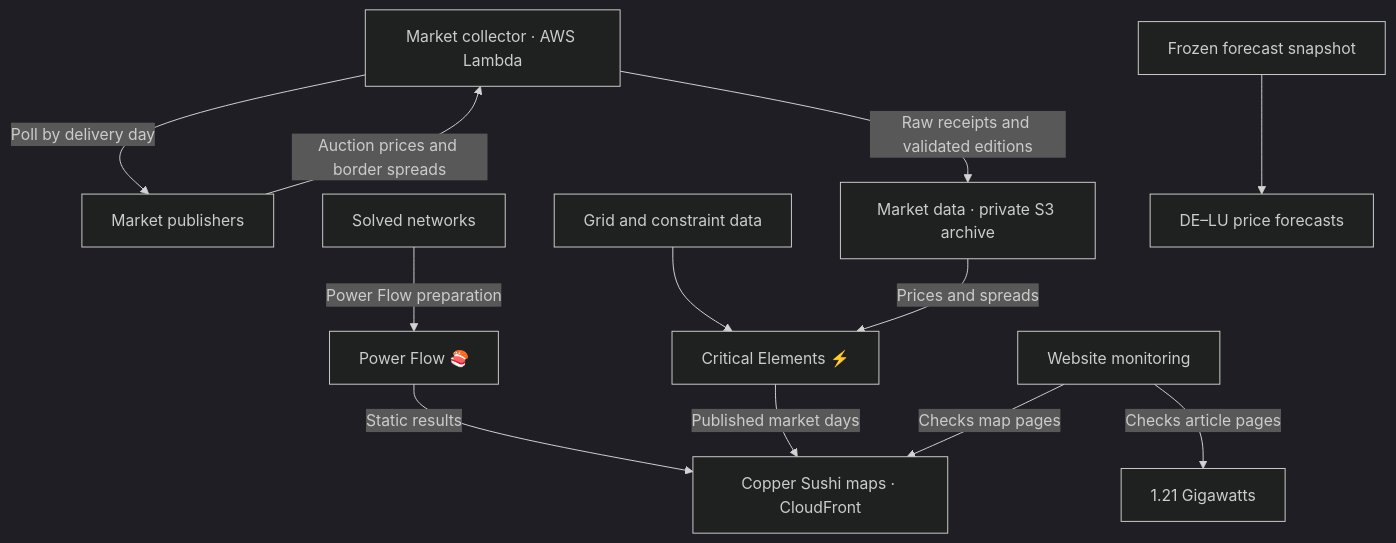
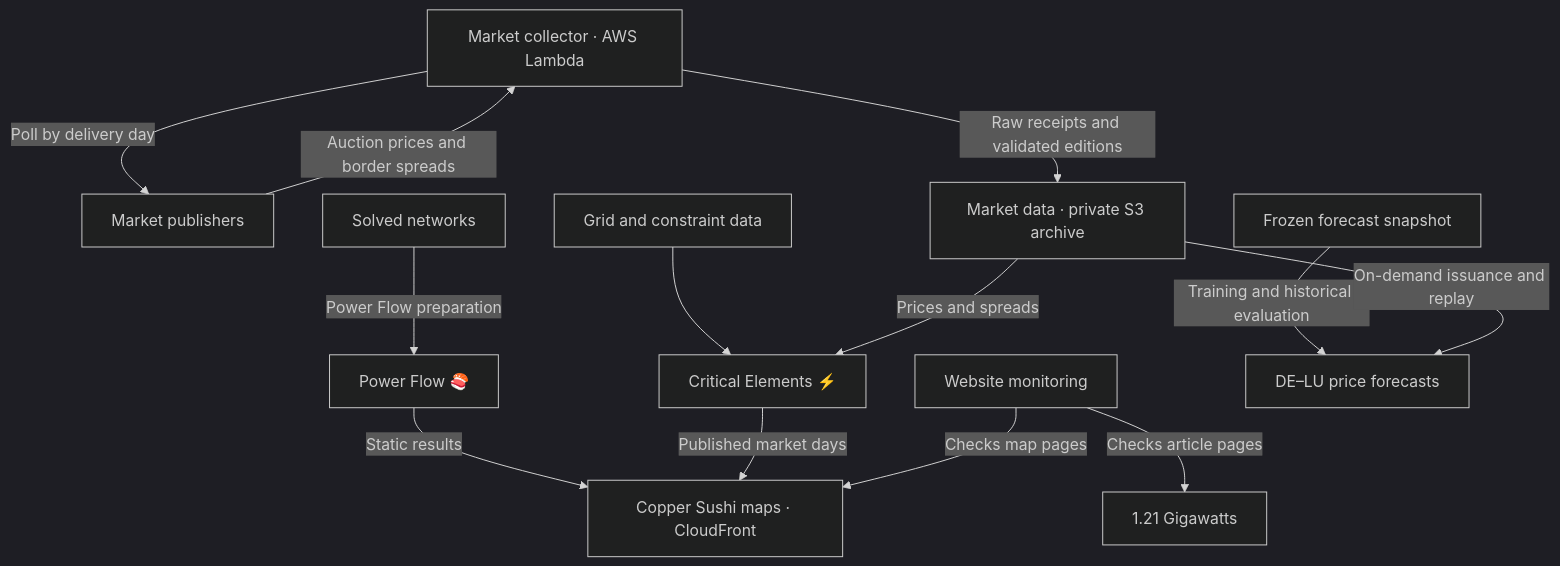
The diagram in README.md (zoltanmaric/coppersushi), drawn with Mermaid (dark theme) before and after one commit. The commit also changed other lines of this file and 17 other files, not shown here.

````diff
--- a/README.md
+++ b/README.md
@@ -46,21 +46,23 @@
 ```mermaid
 flowchart TB
     collector["Market collector · AWS Lambda"] -->|Poll by delivery day| publishers["Market publishers"]
     publishers -->|Auction prices and border spreads| collector
     collector -->|Raw receipts and validated editions| shared["Market data · private S3 archive"]
     grid["Grid and constraint data"] --> critical["Critical Elements ⚡️"]
     networks["Solved networks"] -->|Power Flow preparation| power["Power Flow 🍣"]
     power -->|Static results| maps["Copper Sushi maps · CloudFront"]
     critical -->|Published market days| maps
     monitor["Website monitoring"] -->|Checks map pages| maps
     monitor -->|Checks article pages| blog["1.21 Gigawatts"]
     shared -->|Prices and spreads| critical
-    snapshot["Frozen forecast snapshot"] --> forecast["DE–LU price forecasts"]
+    snapshot["Frozen forecast snapshot"] -->|Training and historical evaluation| forecast["DE–LU price forecasts"]
+    shared -->|On-demand issuance and replay| forecast
     click shared "https://github.com/zoltanmaric/coppersushi/blob/main/coppersushi/pipelines/market_data/README.md"
     click critical "https://github.com/zoltanmaric/coppersushi/blob/main/coppersushi/pipelines/cnec/README.md"
     click power "https://github.com/zoltanmaric/coppersushi/blob/main/coppersushi/pipelines/powerflow/README.md"
     click monitor "https://github.com/zoltanmaric/coppersushi/blob/main/monitoring/README.md"
     click blog "https://github.com/zoltanmaric/coppersushi/blob/main/121gigawatts/hosting/README.md"
     click forecast "https://github.com/zoltanmaric/coppersushi/blob/main/forecasts/README.md"
+    click snapshot "https://github.com/zoltanmaric/coppersushi/blob/main/forecasts/inputs/README.md"
     click maps "https://github.com/zoltanmaric/coppersushi/blob/main/coppersushi/frontend/README.md"
 ```
````
